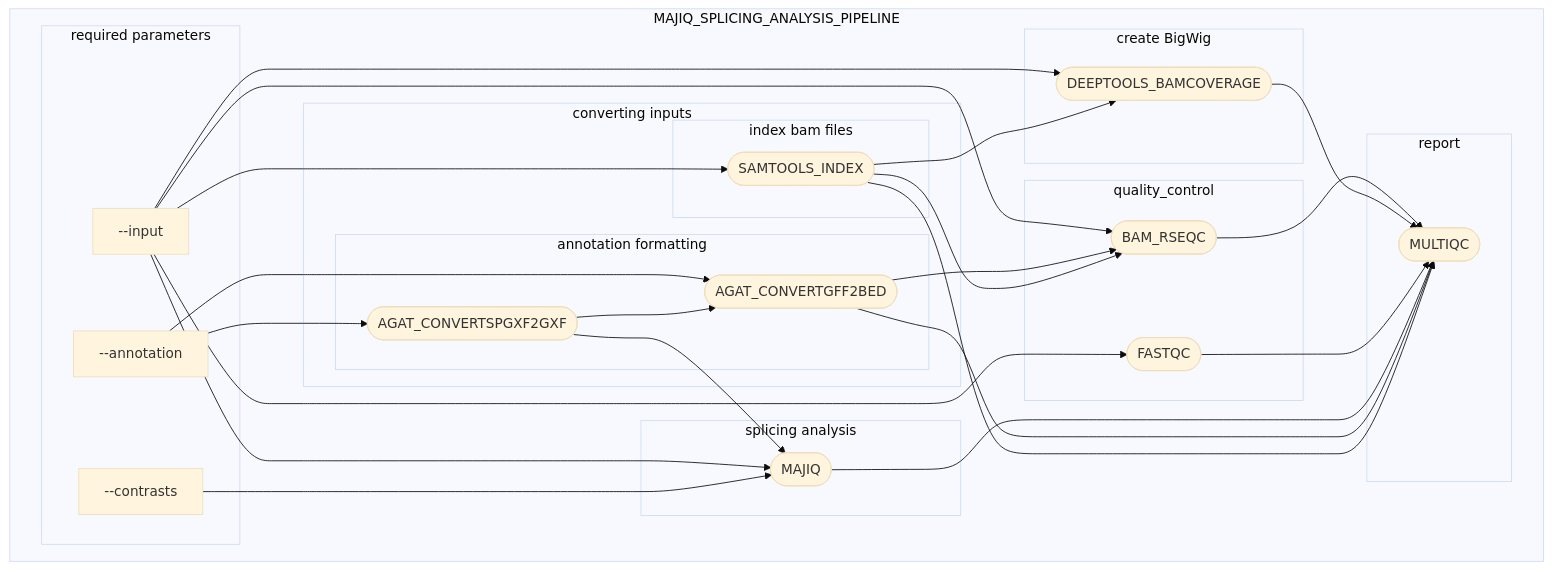
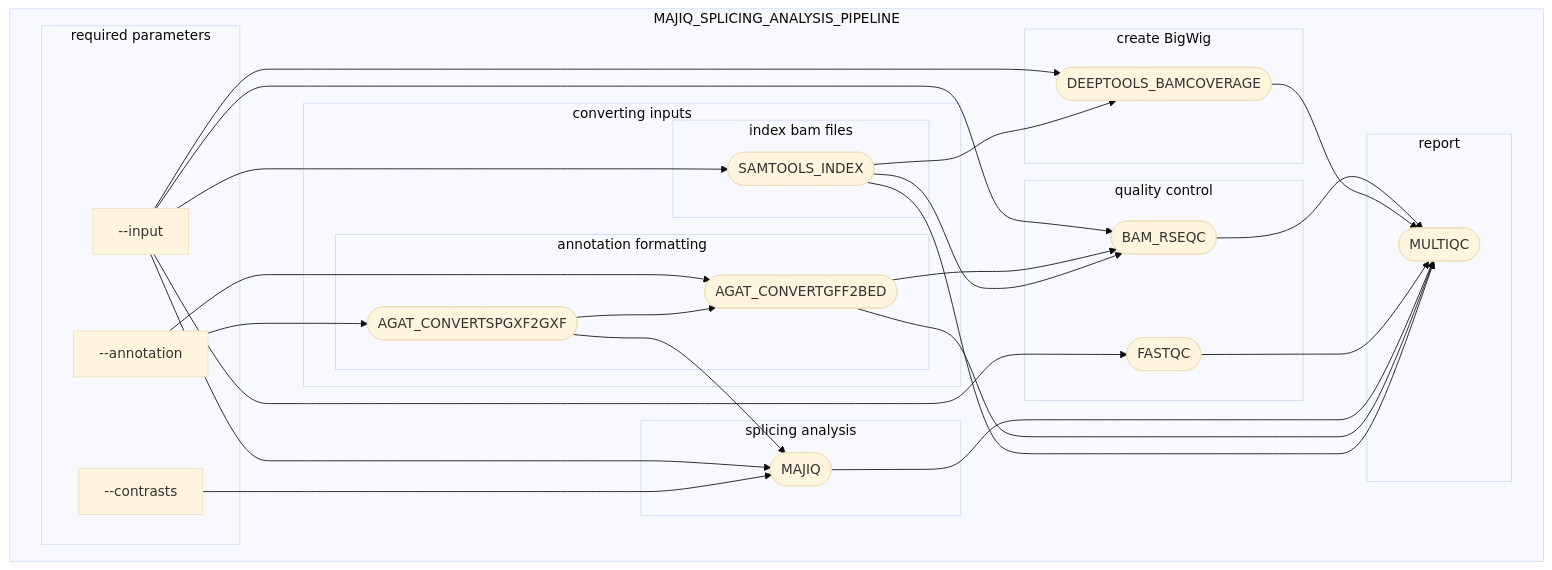
The diagram in README.md (ZarnackGroup/majiq_splicing_analysis_pipeline), drawn with Mermaid (base theme) before and after one commit.

Commit message:
small update to mermaid

````diff
--- a/README.md
+++ b/README.md
@@ -16,53 +16,53 @@
 ```mermaid
 flowchart TB
   subgraph MAJIQ_SPLICING_ANALYSIS_PIPELINE
     subgraph required parameters
       v0["--input"]
       v2["--annotation"]
       v1["--contrasts"]
     end
 
     subgraph s20["converting inputs"]
           subgraph s100["index bam files"]
                v15([SAMTOOLS_INDEX])
           end
           subgraph s2["annotation formatting"]
                v9([AGAT_CONVERTSPGXF2GXF])
                v12([AGAT_CONVERTGFF2BED])
           end
      end
     subgraph s3["splicing analysis"]
       v25([MAJIQ])
     end
     subgraph s4["create BigWig"]
       v19([DEEPTOOLS_BAMCOVERAGE])
     end
-    subgraph s7["quality_control"]
+    subgraph s7["quality control"]
       v32([BAM_RSEQC])
       v22([FASTQC])
     end
     subgraph report
       v63([MULTIQC])
     end
     v0 --> v15
     v0 --> v19
     v15 --> v19
     v0 --> v22
     v0 --> v25
     v1 --> v25
     v0 --> v32
     v2 --> v9
     v2 --> v12
     v9 --> v12
     v9 --> v25
     v12 --> v32
     v15 --> v32
     v32 --> v63
     v19 --> v63
     v22 --> v63
     v25 --> v63
     v12 --> v63
     v15 --> v63
   end
 
 ```
````
